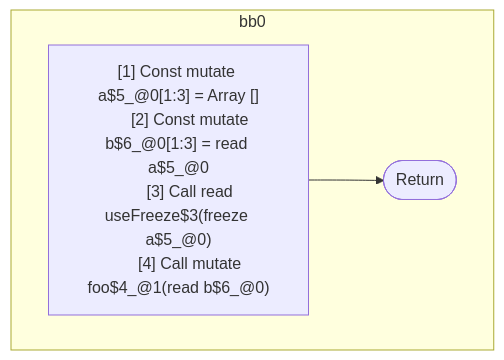
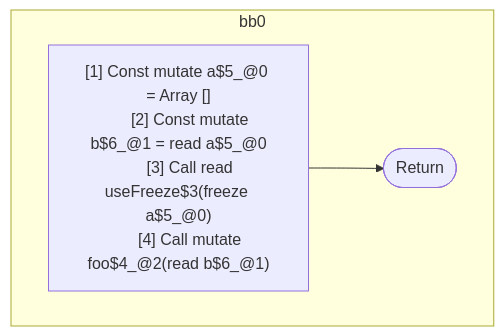
Before and after one commit to wutsmog/private: the first of 3 diagrams in compiler/forget/src/__tests__/fixtures/hir/frozen-after-alias.expect.md, drawn with Mermaid. The commit also changed other lines of this file and 4 other files, not shown here.

````diff
--- a/compiler/forget/src/__tests__/fixtures/hir/frozen-after-alias.expect.md
+++ b/compiler/forget/src/__tests__/fixtures/hir/frozen-after-alias.expect.md
@@ -31,16 +33,16 @@
 ```mermaid
 flowchart TB
   %% Basic Blocks
   subgraph bb0
     bb0_instrs["
-      [1] Const mutate a$5_@0[1:3] = Array []
-      [2] Const mutate b$6_@0[1:3] = read a$5_@0
+      [1] Const mutate a$5_@0 = Array []
+      [2] Const mutate b$6_@1 = read a$5_@0
       [3] Call read useFreeze$3(freeze a$5_@0)
-      [4] Call mutate foo$4_@1(read b$6_@0)
+      [4] Call mutate foo$4_@2(read b$6_@1)
     "]
     bb0_instrs --> bb0_terminal(["Return"])
   end
 
   %% Jumps
   %% empty
 ```
````
